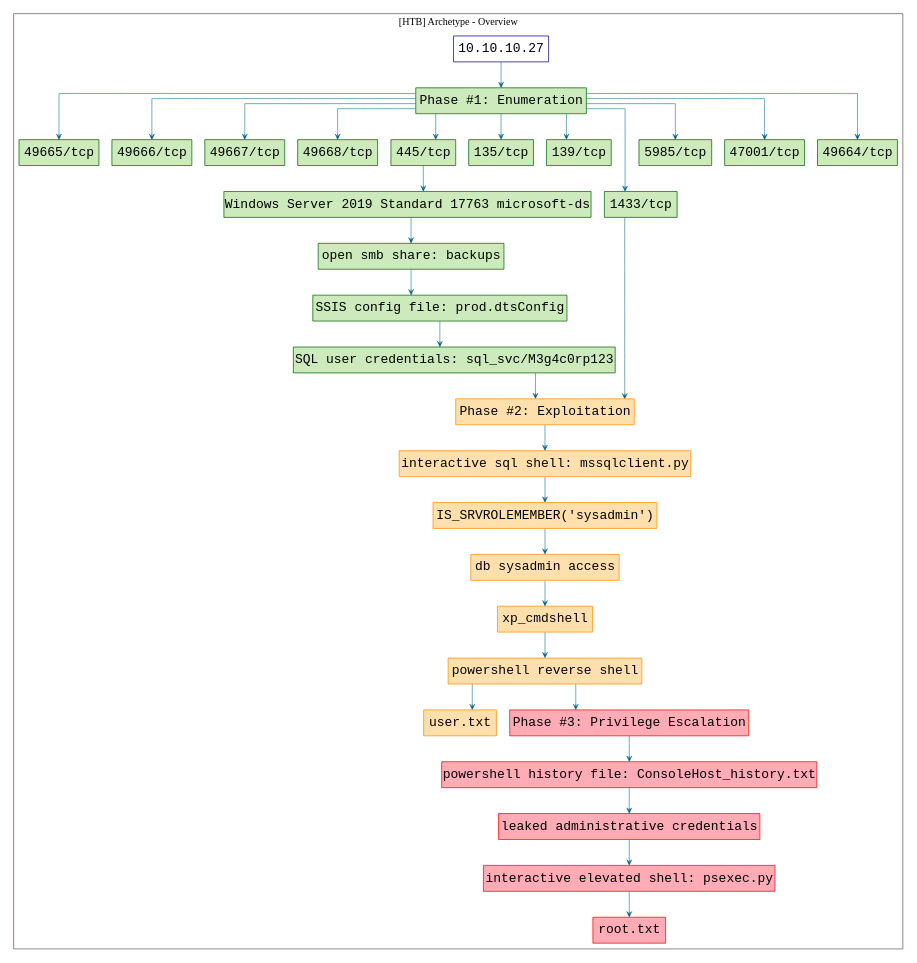
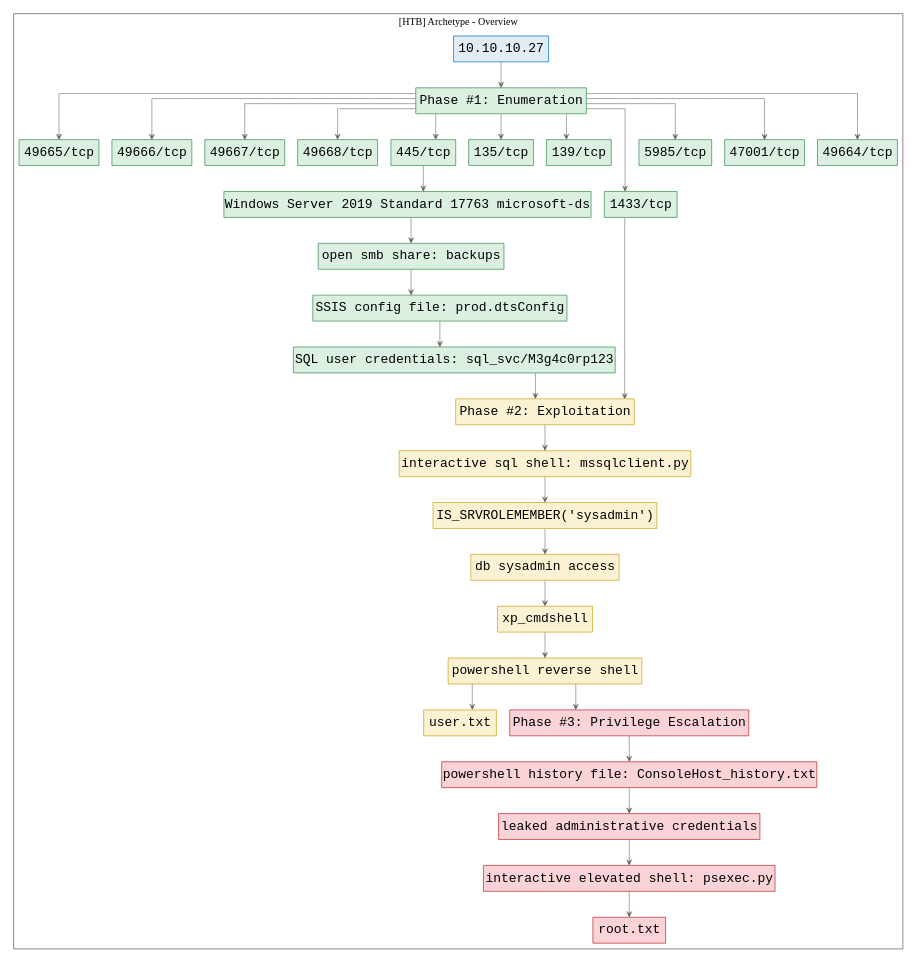
Before and after one commit to 7h3rAm/writeups: the diagram in htb.archetype/killchain.dot, drawn with Graphviz. The commit also changed 110 other files, not shown here.

```diff
--- a/htb.archetype/killchain.dot
+++ b/htb.archetype/killchain.dot
@@ -1,71 +1,71 @@
 digraph G {
   #rankdir=LR;
   nodesdictep=1.0; splines="ortho"; K=0.6; overlap=scale; fixedsize=true; resolution=72; bgcolor="#ffffff"; outputorder="edgesfirst";
   node [fontname="courier" fontsize=18 shape=box width=0.25 fillcolor="white" style="filled,solid"];
-  edge [style=solid color="#005f87" penwidth=0.75 arrowhead=vee arrowsize=0.75 ];
+  edge [style=solid color="#665957" penwidth=0.75 arrowhead=vee arrowsize=0.75 ];
 
-  0[label="10.10.10.27" color="navyblue" fillcolor="#ffffff" tooltip="[HTB] Archetype - Overview"];
-  10[label="49665/tcp" color="darkgreen" fillcolor="#cceabb" tooltip="Phase #1:Enumeration"];
-  11[label="49666/tcp" color="darkgreen" fillcolor="#cceabb" tooltip="Phase #1:Enumeration"];
-  12[label="49667/tcp" color="darkgreen" fillcolor="#cceabb" tooltip="Phase #1:Enumeration"];
-  13[label="49668/tcp" color="darkgreen" fillcolor="#cceabb" tooltip="Phase #1:Enumeration"];
-  14[label="445/tcp" color="darkgreen" fillcolor="#cceabb" tooltip="Phase #1:Enumeration"];
-  15[label="Windows Server 2019 Standard 17763 microsoft-ds" color="darkgreen" fillcolor="#cceabb" tooltip="Phase #1:Enumeration"];
-  16[label="open smb share: backups" color="darkgreen" fillcolor="#cceabb" tooltip="Phase #1:Enumeration"];
-  17[label="SSIS config file: prod.dtsConfig" color="darkgreen" fillcolor="#cceabb" tooltip="Phase #1:Enumeration"];
-  18[label="SQL user credentials: sql_svc/M3g4c0rp123" color="darkgreen" fillcolor="#cceabb" tooltip="Phase #1:Enumeration"];
-  19[label="IS_SRVROLEMEMBER('sysadmin')" color="darkorange" fillcolor="#ffe0ac" tooltip="Phase #2:Exploitation"];
-  1[label="Phase #1: Enumeration" color="darkgreen" fillcolor="#cceabb" tooltip="Phase #1:Enumeration"];
-  20[label="db sysadmin access" color="darkorange" fillcolor="#ffe0ac" tooltip="Phase #2:Exploitation"];
-  21[label="xp_cmdshell" color="darkorange" fillcolor="#ffe0ac" tooltip="Phase #2:Exploitation"];
-  22[label="powershell reverse shell" color="darkorange" fillcolor="#ffe0ac" tooltip="Phase #2:Exploitation"];
-  23[label="user.txt" color="darkorange" fillcolor="#ffe0ac" tooltip="Phase #2:Exploitation"];
-  24[label="Phase #3: Privilege Escalation" color="red" fillcolor="#ffacb7" tooltip="Phase #3:Privilege Escalation"];
-  25[label="powershell history file: ConsoleHost_history.txt" color="red" fillcolor="#ffacb7" tooltip="Phase #3:Privilege Escalation"];
-  26[label="leaked administrative credentials" color="red" fillcolor="#ffacb7" tooltip="Phase #3:Privilege Escalation"];
-  27[label="interactive elevated shell: psexec.py" color="red" fillcolor="#ffacb7" tooltip="Phase #3:Privilege Escalation"];
-  28[label="root.txt" color="red" fillcolor="#ffacb7" tooltip="Phase #3:Privilege Escalation"];
-  2[label="135/tcp" color="darkgreen" fillcolor="#cceabb" tooltip="Phase #1:Enumeration"];
-  3[label="139/tcp" color="darkgreen" fillcolor="#cceabb" tooltip="Phase #1:Enumeration"];
-  4[label="1433/tcp" color="darkgreen" fillcolor="#cceabb" tooltip="Phase #1:Enumeration"];
-  5[label="Phase #2: Exploitation" color="darkorange" fillcolor="#ffe0ac" tooltip="Phase #2:Exploitation"];
-  6[label="interactive sql shell: mssqlclient.py" color="darkorange" fillcolor="#ffe0ac" tooltip="Phase #2:Exploitation"];
-  7[label="5985/tcp" color="darkgreen" fillcolor="#cceabb" tooltip="Phase #1:Enumeration"];
-  8[label="47001/tcp" color="darkgreen" fillcolor="#cceabb" tooltip="Phase #1:Enumeration"];
-  9[label="49664/tcp" color="darkgreen" fillcolor="#cceabb" tooltip="Phase #1:Enumeration"];
+  0[label="10.10.10.27" color="#0077cc" fillcolor="#e1ecf4" tooltip="[HTB] Archetype - Overview"];
+  10[label="49665/tcp" color="#3d8f58" fillcolor="#dcf0e2" tooltip="Phase #1:Enumeration"];
+  11[label="49666/tcp" color="#3d8f58" fillcolor="#dcf0e2" tooltip="Phase #1:Enumeration"];
+  12[label="49667/tcp" color="#3d8f58" fillcolor="#dcf0e2" tooltip="Phase #1:Enumeration"];
+  13[label="49668/tcp" color="#3d8f58" fillcolor="#dcf0e2" tooltip="Phase #1:Enumeration"];
+  14[label="445/tcp" color="#3d8f58" fillcolor="#dcf0e2" tooltip="Phase #1:Enumeration"];
+  15[label="Windows Server 2019 Standard 17763 microsoft-ds" color="#3d8f58" fillcolor="#dcf0e2" tooltip="Phase #1:Enumeration"];
+  16[label="open smb share: backups" color="#3d8f58" fillcolor="#dcf0e2" tooltip="Phase #1:Enumeration"];
+  17[label="SSIS config file: prod.dtsConfig" color="#3d8f58" fillcolor="#dcf0e2" tooltip="Phase #1:Enumeration"];
+  18[label="SQL user credentials: sql_svc/M3g4c0rp123" color="#3d8f58" fillcolor="#dcf0e2" tooltip="Phase #1:Enumeration"];
+  19[label="IS_SRVROLEMEMBER('sysadmin')" color="#cea51b" fillcolor="#fbf2d4" tooltip="Phase #2:Exploitation"];
+  1[label="Phase #1: Enumeration" color="#3d8f58" fillcolor="#dcf0e2" tooltip="Phase #1:Enumeration"];
+  20[label="db sysadmin access" color="#cea51b" fillcolor="#fbf2d4" tooltip="Phase #2:Exploitation"];
+  21[label="xp_cmdshell" color="#cea51b" fillcolor="#fbf2d4" tooltip="Phase #2:Exploitation"];
+  22[label="powershell reverse shell" color="#cea51b" fillcolor="#fbf2d4" tooltip="Phase #2:Exploitation"];
+  23[label="user.txt" color="#cea51b" fillcolor="#fbf2d4" tooltip="Phase #2:Exploitation"];
+  24[label="Phase #3: Privilege Escalation" color="#c02d2e" fillcolor="#f9d3d7" tooltip="Phase #3:Privilege Escalation"];
+  25[label="powershell history file: ConsoleHost_history.txt" color="#c02d2e" fillcolor="#f9d3d7" tooltip="Phase #3:Privilege Escalation"];
+  26[label="leaked administrative credentials" color="#c02d2e" fillcolor="#f9d3d7" tooltip="Phase #3:Privilege Escalation"];
+  27[label="interactive elevated shell: psexec.py" color="#c02d2e" fillcolor="#f9d3d7" tooltip="Phase #3:Privilege Escalation"];
+  28[label="root.txt" color="#c02d2e" fillcolor="#f9d3d7" tooltip="Phase #3:Privilege Escalation"];
+  2[label="135/tcp" color="#3d8f58" fillcolor="#dcf0e2" tooltip="Phase #1:Enumeration"];
+  3[label="139/tcp" color="#3d8f58" fillcolor="#dcf0e2" tooltip="Phase #1:Enumeration"];
+  4[label="1433/tcp" color="#3d8f58" fillcolor="#dcf0e2" tooltip="Phase #1:Enumeration"];
+  5[label="Phase #2: Exploitation" color="#cea51b" fillcolor="#fbf2d4" tooltip="Phase #2:Exploitation"];
+  6[label="interactive sql shell: mssqlclient.py" color="#cea51b" fillcolor="#fbf2d4" tooltip="Phase #2:Exploitation"];
+  7[label="5985/tcp" color="#3d8f58" fillcolor="#dcf0e2" tooltip="Phase #1:Enumeration"];
+  8[label="47001/tcp" color="#3d8f58" fillcolor="#dcf0e2" tooltip="Phase #1:Enumeration"];
+  9[label="49664/tcp" color="#3d8f58" fillcolor="#dcf0e2" tooltip="Phase #1:Enumeration"];
 
   subgraph cluster_0 {
     node [style="filled,solid"];
     label = "[HTB] Archetype - Overview";
     color = "#665957";
-    0 -> 1 [color="#005f87"];
-    1 -> 10 [color="#005f87"];
-    1 -> 11 [color="#005f87"];
-    1 -> 12 [color="#005f87"];
-    1 -> 13 [color="#005f87"];
-    1 -> 14 [color="#005f87"];
-    1 -> 2 [color="#005f87"];
-    1 -> 3 [color="#005f87"];
-    1 -> 4 [color="#005f87"];
-    1 -> 7 [color="#005f87"];
-    1 -> 8 [color="#005f87"];
-    1 -> 9 [color="#005f87"];
-    14 -> 15 [color="#005f87"];
-    15 -> 16 [color="#005f87"];
-    16 -> 17 [color="#005f87"];
-    17 -> 18 [color="#005f87"];
-    18 -> 5 [color="#005f87"];
-    19 -> 20 [color="#005f87"];
-    20 -> 21 [color="#005f87"];
-    21 -> 22 [color="#005f87"];
-    22 -> 23 [color="#005f87"];
-    22 -> 24 [color="#005f87"];
-    24 -> 25 [color="#005f87"];
-    25 -> 26 [color="#005f87"];
-    26 -> 27 [color="#005f87"];
-    27 -> 28 [color="#005f87"];
-    4 -> 5 [color="#005f87"];
-    5 -> 6 [color="#005f87"];
-    6 -> 19 [color="#005f87"];
+    0 -> 1 [color="#665957"];
+    1 -> 10 [color="#665957"];
+    1 -> 11 [color="#665957"];
+    1 -> 12 [color="#665957"];
+    1 -> 13 [color="#665957"];
+    1 -> 14 [color="#665957"];
+    1 -> 2 [color="#665957"];
+    1 -> 3 [color="#665957"];
+    1 -> 4 [color="#665957"];
+    1 -> 7 [color="#665957"];
+    1 -> 8 [color="#665957"];
+    1 -> 9 [color="#665957"];
+    14 -> 15 [color="#665957"];
+    15 -> 16 [color="#665957"];
+    16 -> 17 [color="#665957"];
+    17 -> 18 [color="#665957"];
+    18 -> 5 [color="#665957"];
+    19 -> 20 [color="#665957"];
+    20 -> 21 [color="#665957"];
+    21 -> 22 [color="#665957"];
+    22 -> 23 [color="#665957"];
+    22 -> 24 [color="#665957"];
+    24 -> 25 [color="#665957"];
+    25 -> 26 [color="#665957"];
+    26 -> 27 [color="#665957"];
+    27 -> 28 [color="#665957"];
+    4 -> 5 [color="#665957"];
+    5 -> 6 [color="#665957"];
+    6 -> 19 [color="#665957"];
   }
 }
```
